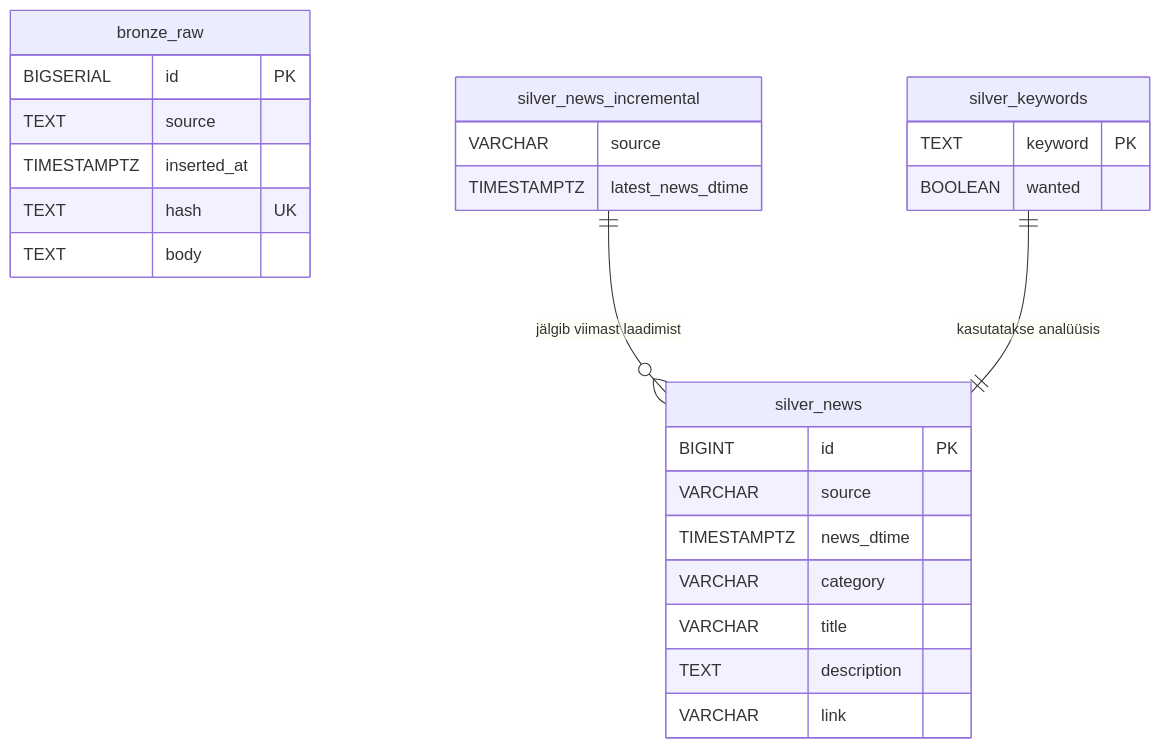
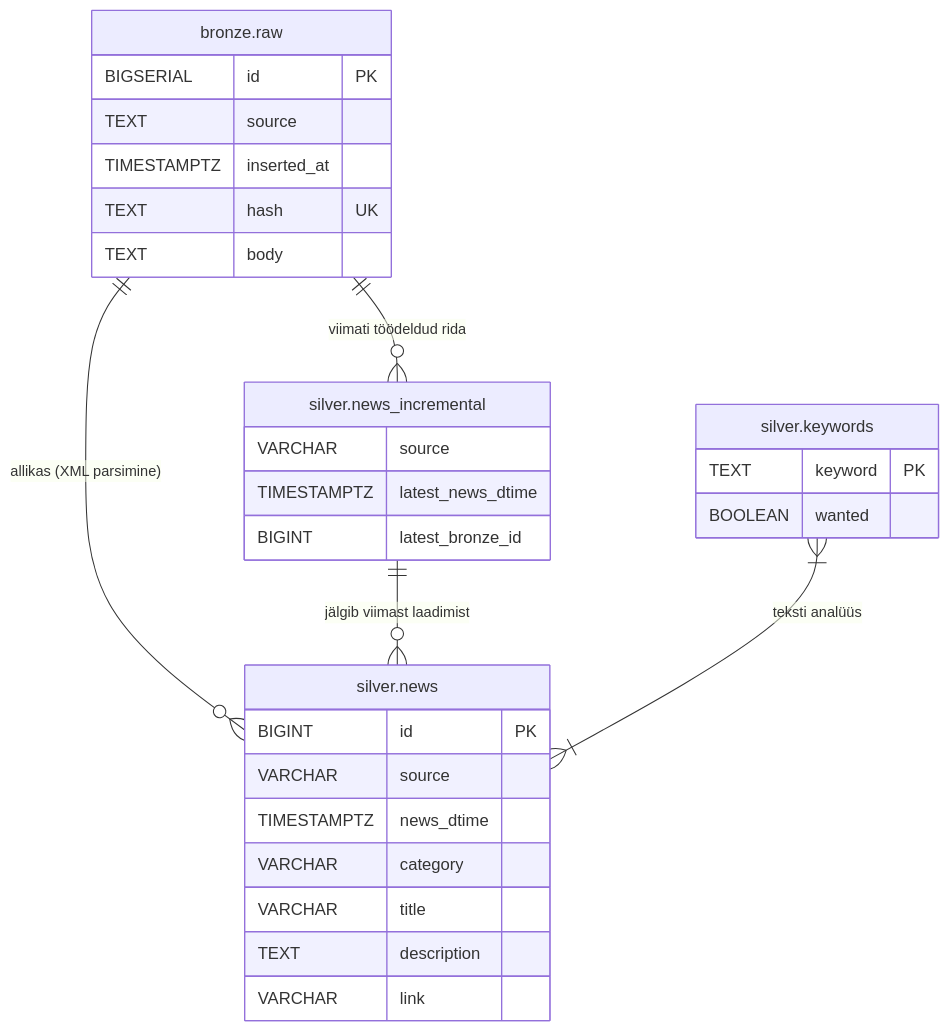
The second of 2 diagrams in RDS/README.md (kaidokariste/ut-aik-grupitoo), drawn with Mermaid before and after one commit. The commit also changed other lines of this file and 9 other files, not shown here.

````diff
--- a/RDS/README.md
+++ b/RDS/README.md
@@ -81,34 +82,36 @@
 ```mermaid
 erDiagram
-    bronze_raw {
+    "bronze.raw" {
         BIGSERIAL id PK
         TEXT source
         TIMESTAMPTZ inserted_at
         TEXT hash UK
         TEXT body
     }
 
-    silver_news {
+    "silver.news" {
         BIGINT id PK
         VARCHAR source
         TIMESTAMPTZ news_dtime
         VARCHAR category
         VARCHAR title
         TEXT description
         VARCHAR link
     }
 
-    silver_news_incremental {
+    "silver.news_incremental" {
         VARCHAR source
         TIMESTAMPTZ latest_news_dtime
+        BIGINT latest_bronze_id
     }
 
-    silver_keywords {
+    "silver.keywords" {
         TEXT keyword PK
         BOOLEAN wanted
     }
 
- 
-    silver_news_incremental ||--o{ silver_news : "jälgib viimast laadimist"
-    silver_keywords ||--|| silver_news : "kasutatakse analüüsis"
+    "bronze.raw" ||--o{ "silver.news" : "allikas (XML parsimine)"
+    "bronze.raw" ||--o{ "silver.news_incremental" : "viimati töödeldud rida"
+    "silver.news_incremental" ||--o{ "silver.news" : "jälgib viimast laadimist"
+    "silver.keywords" }|--|{ "silver.news" : "teksti analüüs"
 ```
````
